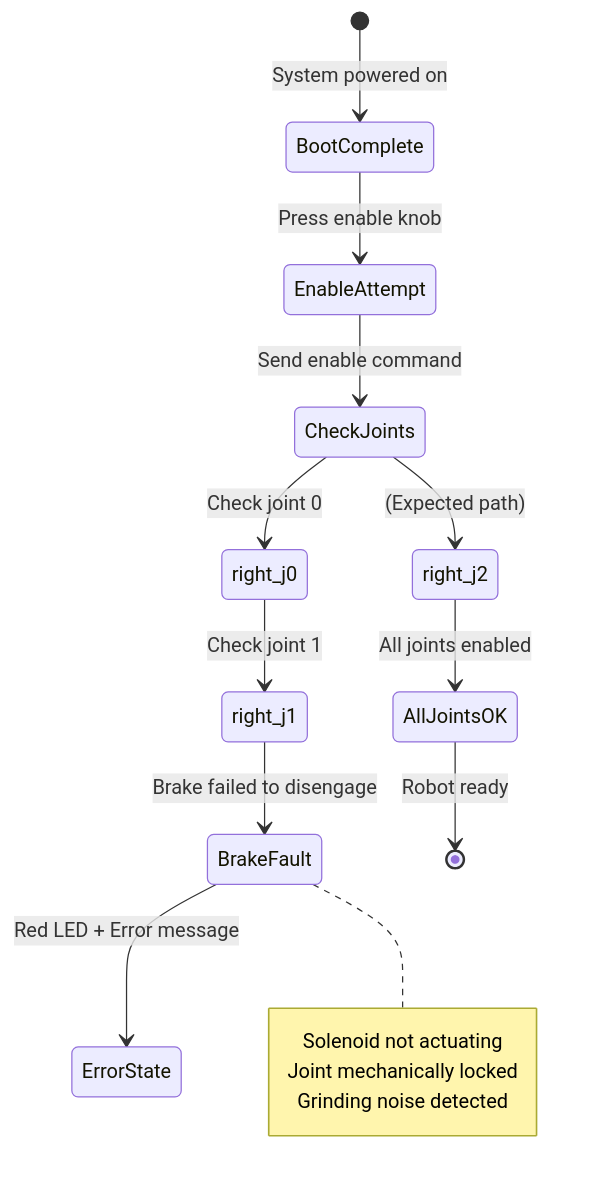
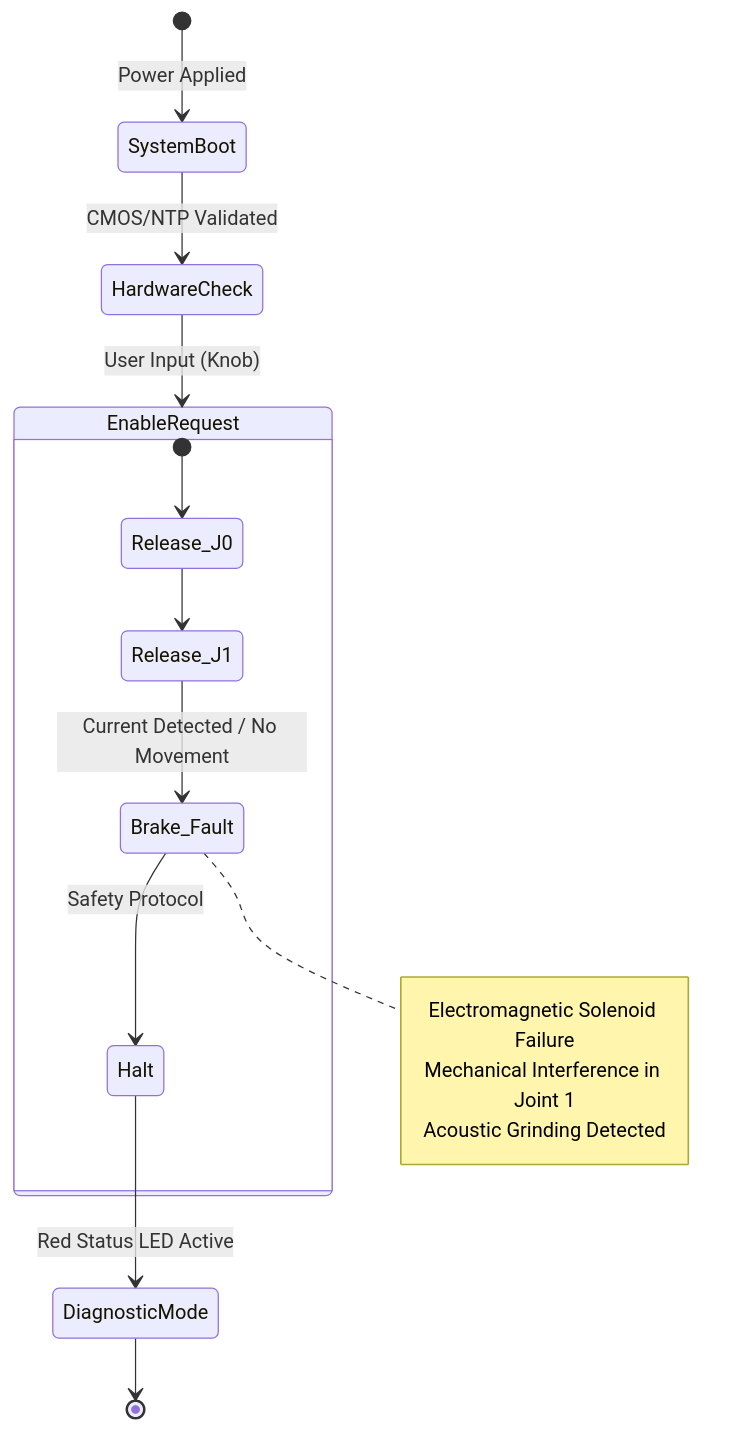
One commit to nu-jliu/nu-jliu.github.io changed the first of 2 diagrams in _posts/2024-2-15-sawyer.md. Above: the diagram before and after it, drawn with Mermaid. The commit also changed other lines of this file and 2 other files, not shown here.

````diff
--- a/_posts/2024-2-15-sawyer.md
+++ b/_posts/2024-2-15-sawyer.md
@@ -35,22 +38,22 @@
 ```mermaid
 stateDiagram-v2
-    [*] --> BootComplete: System powered on
-    BootComplete --> EnableAttempt: Press enable knob
-    EnableAttempt --> CheckJoints: Send enable command
+    [*] --> SystemBoot: Power Applied
+    SystemBoot --> HardwareCheck: CMOS/NTP Validated
+    HardwareCheck --> EnableRequest: User Input (Knob)
+    
+    state EnableRequest {
+        [*] --> Release_J0
+        Release_J0 --> Release_J1
+        Release_J1 --> Brake_Fault: Current Detected / No Movement
+        Brake_Fault --> Halt: Safety Protocol
+    }
 
-    CheckJoints --> right_j0: Check joint 0
-    right_j0 --> right_j1: Check joint 1
+    Halt --> DiagnosticMode: Red Status LED Active
+    DiagnosticMode --> [*]
 
-    right_j1 --> BrakeFault: Brake failed to disengage
-    BrakeFault --> ErrorState: Red LED + Error message
-
-    CheckJoints --> right_j2: (Expected path)
-    right_j2 --> AllJointsOK: All joints enabled
-    AllJointsOK --> [*]: Robot ready
-
-    note right of BrakeFault
-        Solenoid not actuating
-        Joint mechanically locked
-        Grinding noise detected
+    note right of Brake_Fault
+        Electromagnetic Solenoid Failure
+        Mechanical Interference in Joint 1
+        Acoustic Grinding Detected
     end note
 ```
````
